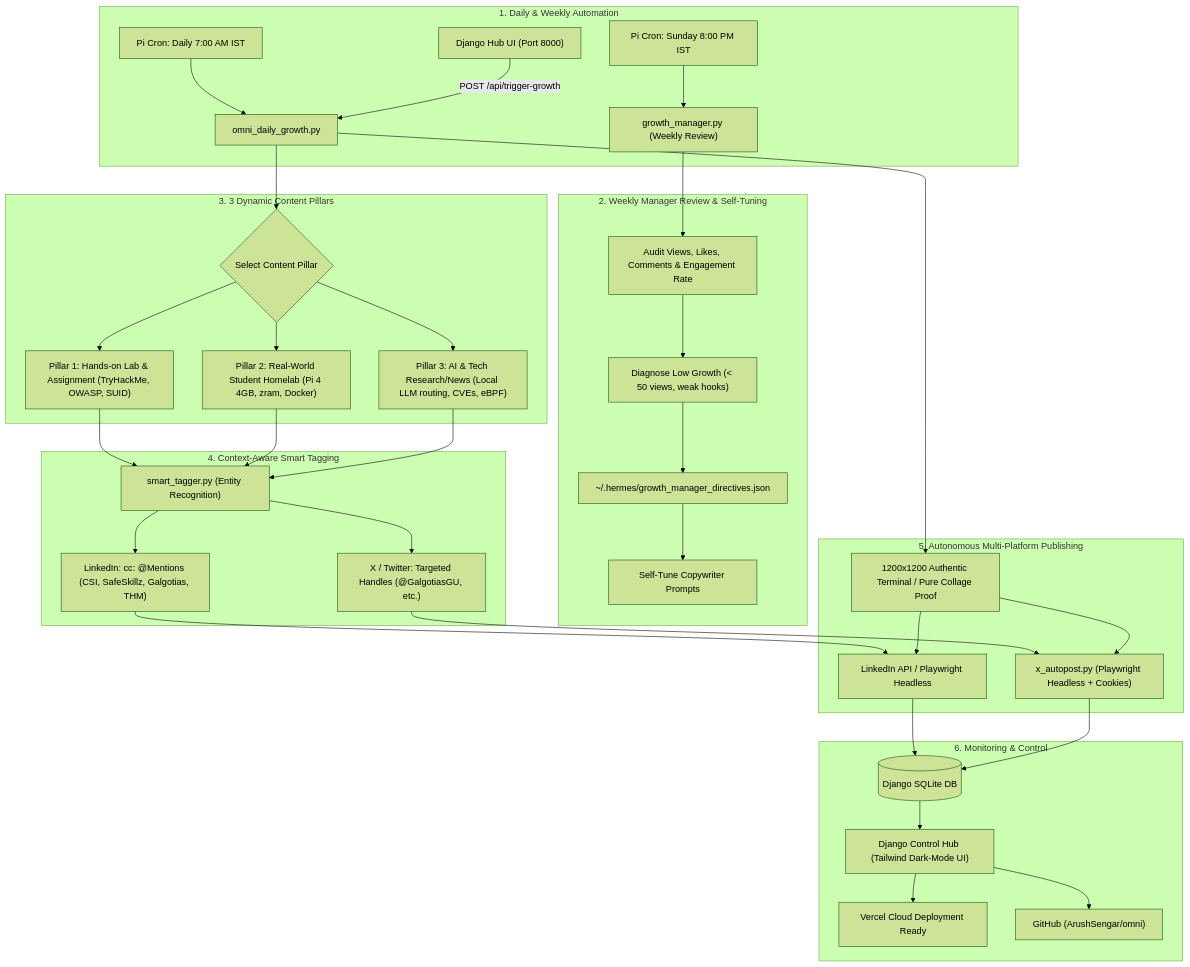
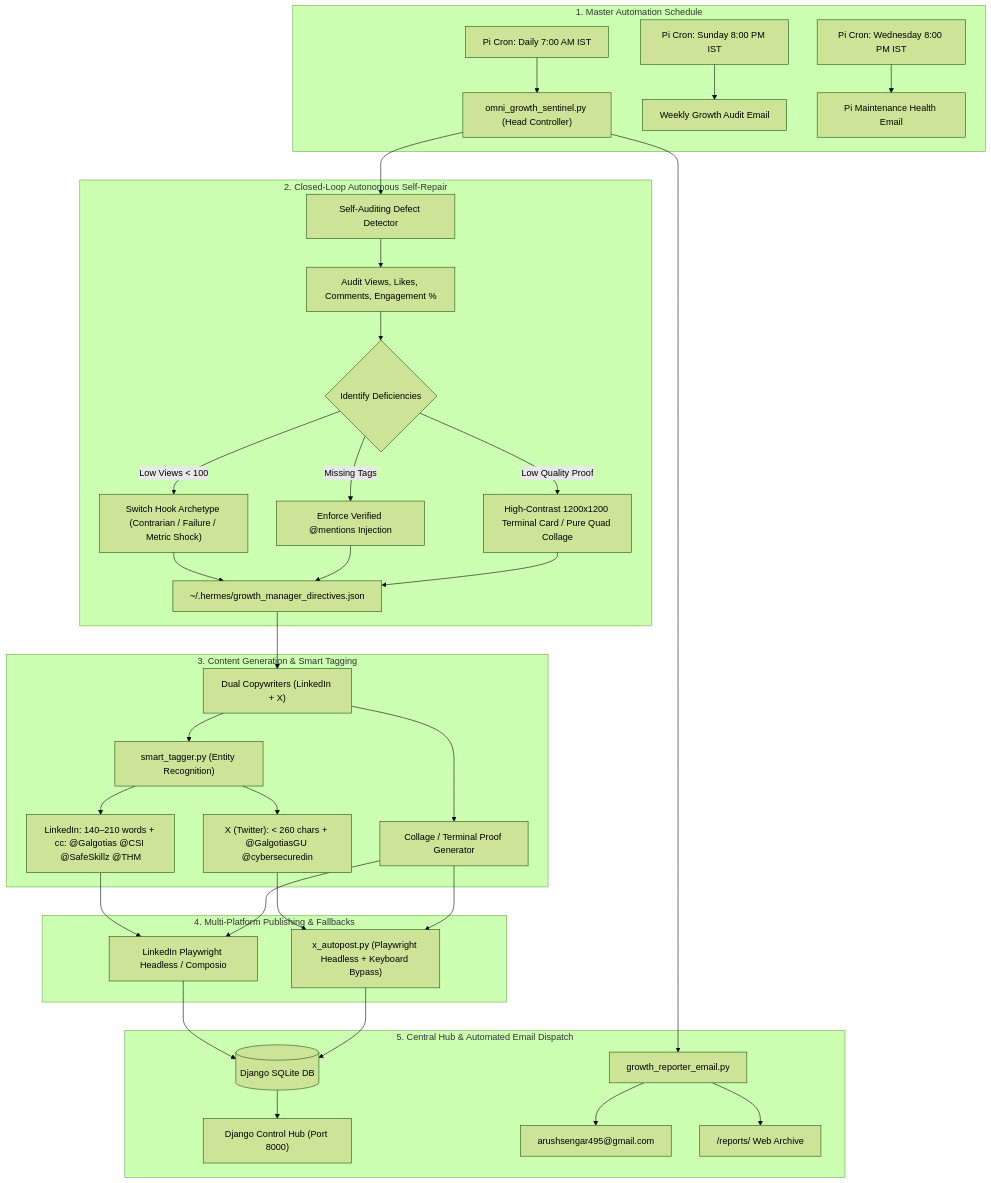
One commit to ArushSengar/omni changed the diagram in GROWTH_SYSTEM_GUIDE.md. Above: the diagram before and after it, drawn with Mermaid (forest theme). The commit also changed other lines of this file and 7 other files, not shown here.

Commit message:
feat(sentinel): add autonomous closed-loop head controller, automated email reporter, and web reports archive

````diff
--- a/GROWTH_SYSTEM_GUIDE.md
+++ b/GROWTH_SYSTEM_GUIDE.md
@@ -13,46 +14,44 @@
 ```mermaid
 flowchart TD
-    subgraph Schedule["1. Daily & Weekly Automation"]
-        DailyCron["Pi Cron: Daily 7:00 AM IST"] --> Engine["omni_daily_growth.py"]
-        WeeklyCron["Pi Cron: Sunday 8:00 PM IST"] --> Manager["growth_manager.py (Weekly Review)"]
-        WebUI["Django Hub UI (Port 8000)"] -->|POST /api/trigger-growth| Engine
+    subgraph Scheduling["1. Master Automation Schedule"]
+        CronDaily["Pi Cron: Daily 7:00 AM IST"] --> Sentinel["omni_growth_sentinel.py (Head Controller)"]
+        CronWeekly["Pi Cron: Sunday 8:00 PM IST"] --> EmailAudit["Weekly Growth Audit Email"]
+        CronMaint["Pi Cron: Wednesday 8:00 PM IST"] --> EmailMaint["Pi Maintenance Health Email"]
     end
 
-    subgraph ManagerReview["2. Weekly Manager Review & Self-Tuning"]
-        Manager --> MetricsAudit["Audit Views, Likes, Comments & Engagement Rate"]
-        MetricsAudit --> Diagnosis["Diagnose Low Growth (< 50 views, weak hooks)"]
-        Diagnosis --> Directives["~/.hermes/growth_manager_directives.json"]
-        Directives --> Copywriters["Self-Tune Copywriter Prompts"]
+    subgraph ClosedLoop["2. Closed-Loop Autonomous Self-Repair"]
+        Sentinel --> SelfAudit["Self-Auditing Defect Detector"]
+        SelfAudit --> ReviewMetrics["Audit Views, Likes, Comments, Engagement %"]
+        ReviewMetrics --> DefectID{"Identify Deficiencies"}
+        DefectID -->|Low Views < 100| HookFix["Switch Hook Archetype (Contrarian / Failure / Metric Shock)"]
+        DefectID -->|Missing Tags| TagFix["Enforce Verified @mentions Injection"]
+        DefectID -->|Low Quality Proof| VisualFix["High-Contrast 1200x1200 Terminal Card / Pure Quad Collage"]
+        HookFix --> Directives["~/.hermes/growth_manager_directives.json"]
+        TagFix --> Directives
+        VisualFix --> Directives
     end
 
-    subgraph ContentPillars["3. 3 Dynamic Content Pillars"]
-        Engine --> PillarSelect{"Select Content Pillar"}
-        PillarSelect --> P1["Pillar 1: Hands-on Lab & Assignment (TryHackMe, OWASP, SUID)"]
-        PillarSelect --> P2["Pillar 2: Real-World Student Homelab (Pi 4 4GB, zram, Docker)"]
-        PillarSelect --> P3["Pillar 3: AI & Tech Research/News (Local LLM routing, CVEs, eBPF)"]
+    subgraph Generation["3. Content Generation & Smart Tagging"]
+        Directives --> Copywriters["Dual Copywriters (LinkedIn + X)"]
+        Copywriters --> SmartTagger["smart_tagger.py (Entity Recognition)"]
+        SmartTagger --> LI_Copy["LinkedIn: 140–210 words + cc: @Galgotias @CSI @SafeSkillz @THM"]
+        SmartTagger --> X_Copy["X (Twitter): < 260 chars + @GalgotiasGU @cybersecuredin"]
+        Copywriters --> VisualGen["Collage / Terminal Proof Generator"]
     end
 
-    subgraph TaggingEngine["4. Context-Aware Smart Tagging"]
-        P1 --> SmartTagger["smart_tagger.py (Entity Recognition)"]
-        P2 --> SmartTagger
-        P3 --> SmartTagger
-        SmartTagger --> TaggedLI["LinkedIn: cc: @Mentions (CSI, SafeSkillz, Galgotias, THM)"]
-        SmartTagger --> TaggedX["X / Twitter: Targeted Handles (@GalgotiasGU, etc.)"]
-    end
-
-    subgraph Publishing["5. Autonomous Multi-Platform Publishing"]
-        TaggedLI --> LI_Publisher["LinkedIn API / Playwright Headless"]
-        TaggedX --> X_Publisher["x_autopost.py (Playwright Headless + Cookies)"]
-        Engine --> VisualGen["1200x1200 Authentic Terminal / Pure Collage Proof"]
+    subgraph Publishing["4. Multi-Platform Publishing & Fallbacks"]
+        LI_Copy --> LI_Publisher["LinkedIn Playwright Headless / Composio"]
+        X_Copy --> X_Publisher["x_autopost.py (Playwright Headless + Keyboard Bypass)"]
         VisualGen --> LI_Publisher
         VisualGen --> X_Publisher
     end
 
-    subgraph CentralHub["6. Monitoring & Control"]
+    subgraph Reporting["5. Central Hub & Automated Email Dispatch"]
         LI_Publisher --> DB[("Django SQLite DB")]
         X_Publisher --> DB
-        DB --> Dashboard["Django Control Hub (Tailwind Dark-Mode UI)"]
-        Dashboard --> Vercel["Vercel Cloud Deployment Ready"]
-        Dashboard --> GitHub["GitHub (ArushSengar/omni)"]
+        DB --> Dashboard["Django Control Hub (Port 8000)"]
+        Sentinel --> EmailDispatcher["growth_reporter_email.py"]
+        EmailDispatcher --> EmailInbox["arushsengar495@gmail.com"]
+        EmailDispatcher --> WebArchive["/reports/ Web Archive"]
     end
 ```
````
